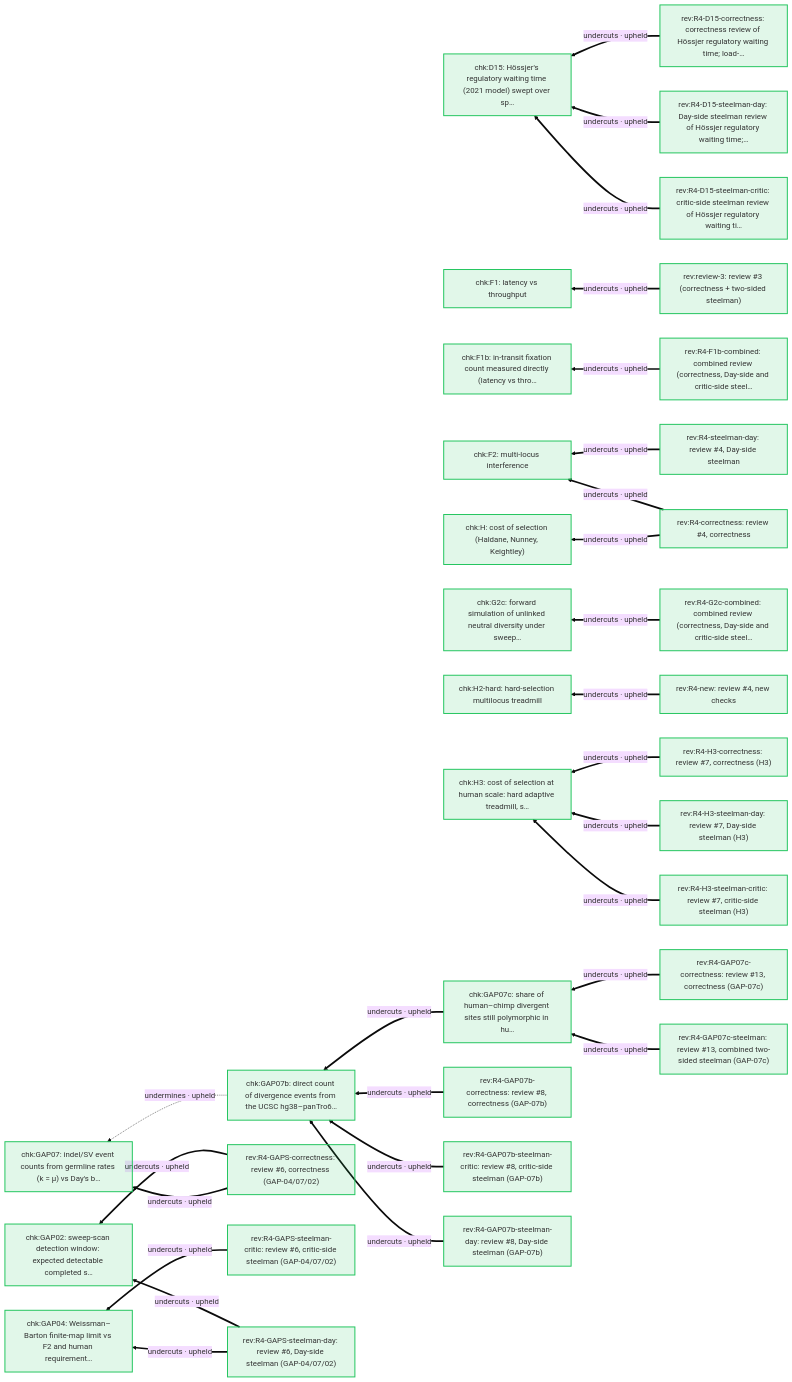
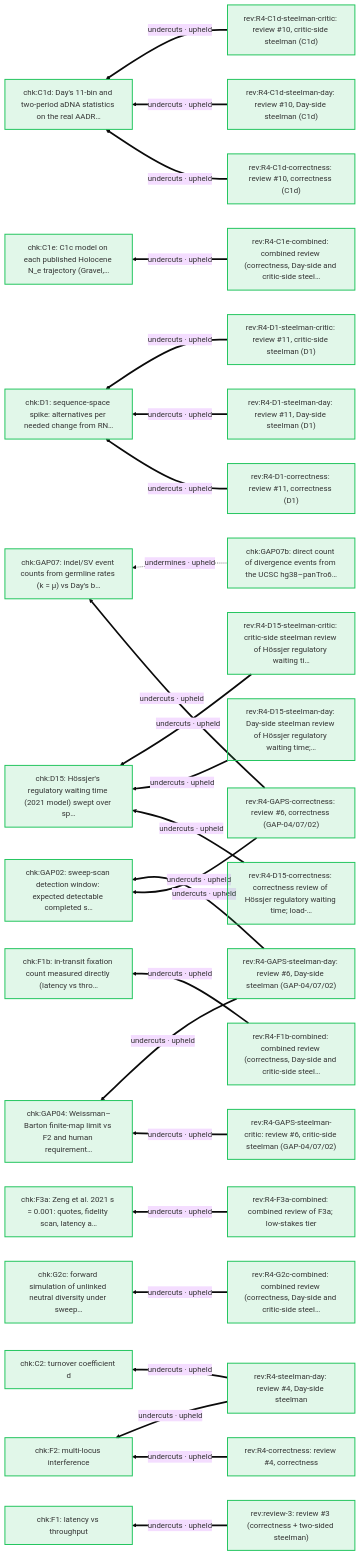
Before and after one commit to nickallevato/evo-sim: diagram 18 of 19 in docs/arguments/defeaters.md, drawn with Mermaid (base theme). The commit also changed other lines of this file and 32 other files, not shown here.

````diff
--- a/docs/arguments/defeaters.md
+++ b/docs/arguments/defeaters.md
@@ -930,66 +948,64 @@
 ```mermaid
 flowchart RL
   classDef day fill:#f59e0b22,stroke:#f59e0b,stroke-width:2px
   classDef ally fill:#d9770622,stroke:#d97706,stroke-width:2px
   classDef critic fill:#3b82f622,stroke:#3b82f6,stroke-width:2px
   classDef literature fill:#a3a3a322,stroke:#a3a3a3,stroke-width:2px
   classDef audit fill:#22c55e22,stroke:#22c55e,stroke-width:2px
+  chk_C1d["chk:C1d: Day's 11-bin and two-period aDNA statistics on the real AADR…"]:::audit
+  chk_C1e["chk:C1e: C1c model on each published Holocene N_e trajectory (Gravel,…"]:::audit
+  chk_C2["chk:C2: turnover coefficient d"]:::audit
+  chk_D1["chk:D1: sequence-space spike: alternatives per needed change from RN…"]:::audit
   chk_D15["chk:D15: Hössjer's regulatory waiting time (2021 model) swept over sp…"]:::audit
   chk_F1["chk:F1: latency vs throughput"]:::audit
   chk_F1b["chk:F1b: in-transit fixation count measured directly (latency vs thro…"]:::audit
   chk_F2["chk:F2: multi-locus interference"]:::audit
+  chk_F3a["chk:F3a: Zeng et al. 2021 s = 0.001: quotes, fidelity scan, latency a…"]:::audit
   chk_G2c["chk:G2c: forward simulation of unlinked neutral diversity under sweep…"]:::audit
   chk_GAP02["chk:GAP02: sweep-scan detection window: expected detectable completed s…"]:::audit
   chk_GAP04["chk:GAP04: Weissman–Barton finite-map limit vs F2 and human requirement…"]:::audit
   chk_GAP07["chk:GAP07: indel/SV event counts from germline rates (k = μ) vs Day's b…"]:::audit
   chk_GAP07b["chk:GAP07b: direct count of divergence events from the UCSC hg38–panTro6…"]:::audit
-  chk_GAP07c["chk:GAP07c: share of human–chimp divergent sites still polymorphic in hu…"]:::audit
-  chk_H["chk:H: cost of selection (Haldane, Nunney, Keightley)"]:::audit
-  chk_H2_hard["chk:H2-hard: hard-selection multilocus treadmill"]:::audit
-  chk_H3["chk:H3: cost of selection at human scale: hard adaptive treadmill, s…"]:::audit
+  rev_R4_C1d_correctness["rev:R4-C1d-correctness: review #10, correctness (C1d)"]:::audit
+  rev_R4_C1d_steelman_critic["rev:R4-C1d-steelman-critic: review #10, critic-side steelman (C1d)"]:::audit
+  rev_R4_C1d_steelman_day["rev:R4-C1d-steelman-day: review #10, Day-side steelman (C1d)"]:::audit
+  rev_R4_C1e_combined["rev:R4-C1e-combined: combined review (correctness, Day-side and critic-side steel…"]:::audit
+  rev_R4_D1_correctness["rev:R4-D1-correctness: review #11, correctness (D1)"]:::audit
+  rev_R4_D1_steelman_critic["rev:R4-D1-steelman-critic: review #11, critic-side steelman (D1)"]:::audit
+  rev_R4_D1_steelman_day["rev:R4-D1-steelman-day: review #11, Day-side steelman (D1)"]:::audit
   rev_R4_D15_correctness["rev:R4-D15-correctness: correctness review of Hössjer regulatory waiting time; load-…"]:::audit
   rev_R4_D15_steelman_critic["rev:R4-D15-steelman-critic: critic-side steelman review of Hössjer regulatory waiting ti…"]:::audit
   rev_R4_D15_steelman_day["rev:R4-D15-steelman-day: Day-side steelman review of Hössjer regulatory waiting time;…"]:::audit
   rev_R4_F1b_combined["rev:R4-F1b-combined: combined review (correctness, Day-side and critic-side steel…"]:::audit
+  rev_R4_F3a_combined["rev:R4-F3a-combined: combined review of F3a; low-stakes tier"]:::audit
   rev_R4_G2c_combined["rev:R4-G2c-combined: combined review (correctness, Day-side and critic-side steel…"]:::audit
-  rev_R4_GAP07b_correctness["rev:R4-GAP07b-correctness: review #8, correctness (GAP-07b)"]:::audit
-  rev_R4_GAP07b_steelman_critic["rev:R4-GAP07b-steelman-critic: review #8, critic-side steelman (GAP-07b)"]:::audit
-  rev_R4_GAP07b_steelman_day["rev:R4-GAP07b-steelman-day: review #8, Day-side steelman (GAP-07b)"]:::audit
-  rev_R4_GAP07c_correctness["rev:R4-GAP07c-correctness: review #13, correctness (GAP-07c)"]:::audit
-  rev_R4_GAP07c_steelman["rev:R4-GAP07c-steelman: review #13, combined two-sided steelman (GAP-07c)"]:::audit
   rev_R4_GAPS_correctness["rev:R4-GAPS-correctness: review #6, correctness (GAP-04/07/02)"]:::audit
   rev_R4_GAPS_steelman_critic["rev:R4-GAPS-steelman-critic: review #6, critic-side steelman (GAP-04/07/02)"]:::audit
   rev_R4_GAPS_steelman_day["rev:R4-GAPS-steelman-day: review #6, Day-side steelman (GAP-04/07/02)"]:::audit
-  rev_R4_H3_correctness["rev:R4-H3-correctness: review #7, correctness (H3)"]:::audit
-  rev_R4_H3_steelman_critic["rev:R4-H3-steelman-critic: review #7, critic-side steelman (H3)"]:::audit
-  rev_R4_H3_steelman_day["rev:R4-H3-steelman-day: review #7, Day-side steelman (H3)"]:::audit
   rev_R4_correctness["rev:R4-correctness: review #4, correctness"]:::audit
-  rev_R4_new["rev:R4-new: review #4, new checks"]:::audit
   rev_R4_steelman_day["rev:R4-steelman-day: review #4, Day-side steelman"]:::audit
   rev_review_3["rev:review-3: review #3 (correctness + two-sided steelman)"]:::audit
+  rev_R4_C1d_correctness ==>|"undercuts · upheld"| chk_C1d
+  rev_R4_C1d_steelman_day ==>|"undercuts · upheld"| chk_C1d
+  rev_R4_C1d_steelman_critic ==>|"undercuts · upheld"| chk_C1d
+  rev_R4_C1e_combined ==>|"undercuts · upheld"| chk_C1e
+  rev_R4_steelman_day ==>|"undercuts · upheld"| chk_C2
+  rev_R4_D1_correctness ==>|"undercuts · upheld"| chk_D1
+  rev_R4_D1_steelman_day ==>|"undercuts · upheld"| chk_D1
+  rev_R4_D1_steelman_critic ==>|"undercuts · upheld"| chk_D1
   rev_R4_D15_correctness ==>|"undercuts · upheld"| chk_D15
   rev_R4_D15_steelman_day ==>|"undercuts · upheld"| chk_D15
   rev_R4_D15_steelman_critic ==>|"undercuts · upheld"| chk_D15
   rev_review_3 ==>|"undercuts · upheld"| chk_F1
   rev_R4_F1b_combined ==>|"undercuts · upheld"| chk_F1b
   rev_R4_correctness ==>|"undercuts · upheld"| chk_F2
   rev_R4_steelman_day ==>|"undercuts · upheld"| chk_F2
+  rev_R4_F3a_combined ==>|"undercuts · upheld"| chk_F3a
   rev_R4_G2c_combined ==>|"undercuts · upheld"| chk_G2c
   rev_R4_GAPS_correctness ==>|"undercuts · upheld"| chk_GAP02
   rev_R4_GAPS_steelman_day ==>|"undercuts · upheld"| chk_GAP02
   rev_R4_GAPS_steelman_critic ==>|"undercuts · upheld"| chk_GAP04
   rev_R4_GAPS_steelman_day ==>|"undercuts · upheld"| chk_GAP04
   rev_R4_GAPS_correctness ==>|"undercuts · upheld"| chk_GAP07
   chk_GAP07b -.->|"undermines · upheld"| chk_GAP07
-  rev_R4_GAP07b_correctness ==>|"undercuts · upheld"| chk_GAP07b
-  rev_R4_GAP07b_steelman_day ==>|"undercuts · upheld"| chk_GAP07b
-  rev_R4_GAP07b_steelman_critic ==>|"undercuts · upheld"| chk_GAP07b
-  chk_GAP07c ==>|"undercuts · upheld"| chk_GAP07b
-  rev_R4_GAP07c_correctness ==>|"undercuts · upheld"| chk_GAP07c
-  rev_R4_GAP07c_steelman ==>|"undercuts · upheld"| chk_GAP07c
-  rev_R4_correctness ==>|"undercuts · upheld"| chk_H
-  rev_R4_new ==>|"undercuts · upheld"| chk_H2_hard
-  rev_R4_H3_correctness ==>|"undercuts · upheld"| chk_H3
-  rev_R4_H3_steelman_day ==>|"undercuts · upheld"| chk_H3
-  rev_R4_H3_steelman_critic ==>|"undercuts · upheld"| chk_H3
 ```
````
